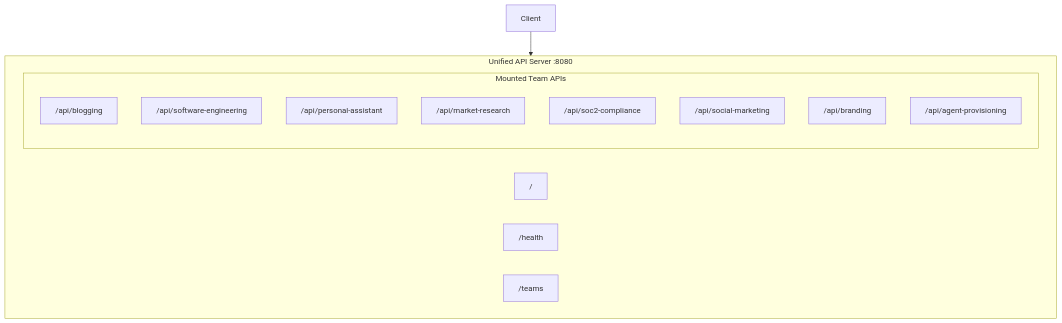
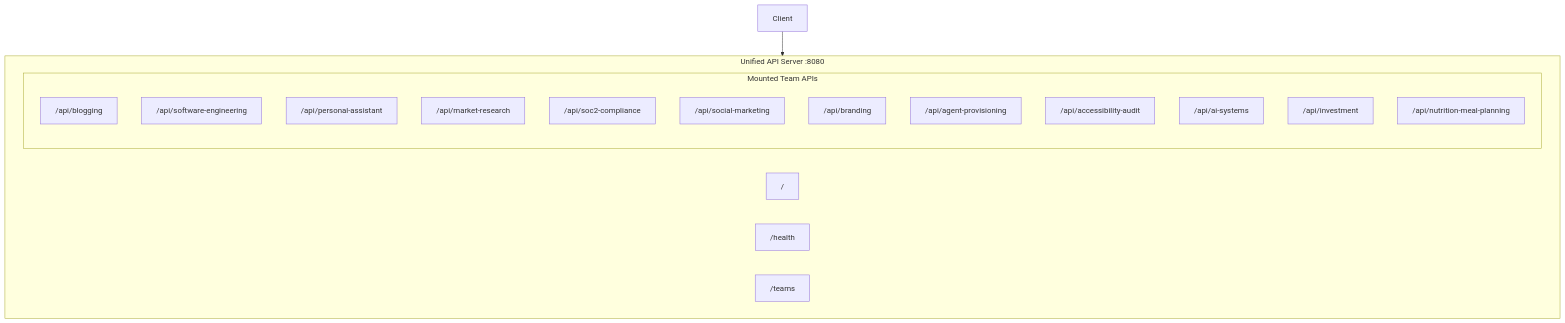
One commit to brandonkindred/Khala-Agentic-AI-Teams changed the diagram in backend/unified_api/README.md. Above: the diagram before and after it, drawn with Mermaid. The commit also changed other lines of this file and 2 other files, not shown here.

````diff
--- a/backend/unified_api/README.md
+++ b/backend/unified_api/README.md
@@ -9,21 +9,25 @@
 ```mermaid
 graph TB
     subgraph UnifiedAPI [Unified API Server :8080]
         Root["/"]
         Health["/health"]
         Teams["/teams"]
         
         subgraph Mounts [Mounted Team APIs]
             Blog["/api/blogging"]
             SE["/api/software-engineering"]
             PA["/api/personal-assistant"]
             MR["/api/market-research"]
             SOC2["/api/soc2-compliance"]
             SMM["/api/social-marketing"]
             Brand["/api/branding"]
             Prov["/api/agent-provisioning"]
+            A11y["/api/accessibility-audit"]
+            AISys["/api/ai-systems"]
+            Invest["/api/investment"]
+            Nutrition["/api/nutrition-meal-planning"]
         end
     end
     
     Client[Client] --> UnifiedAPI
 ```
````
